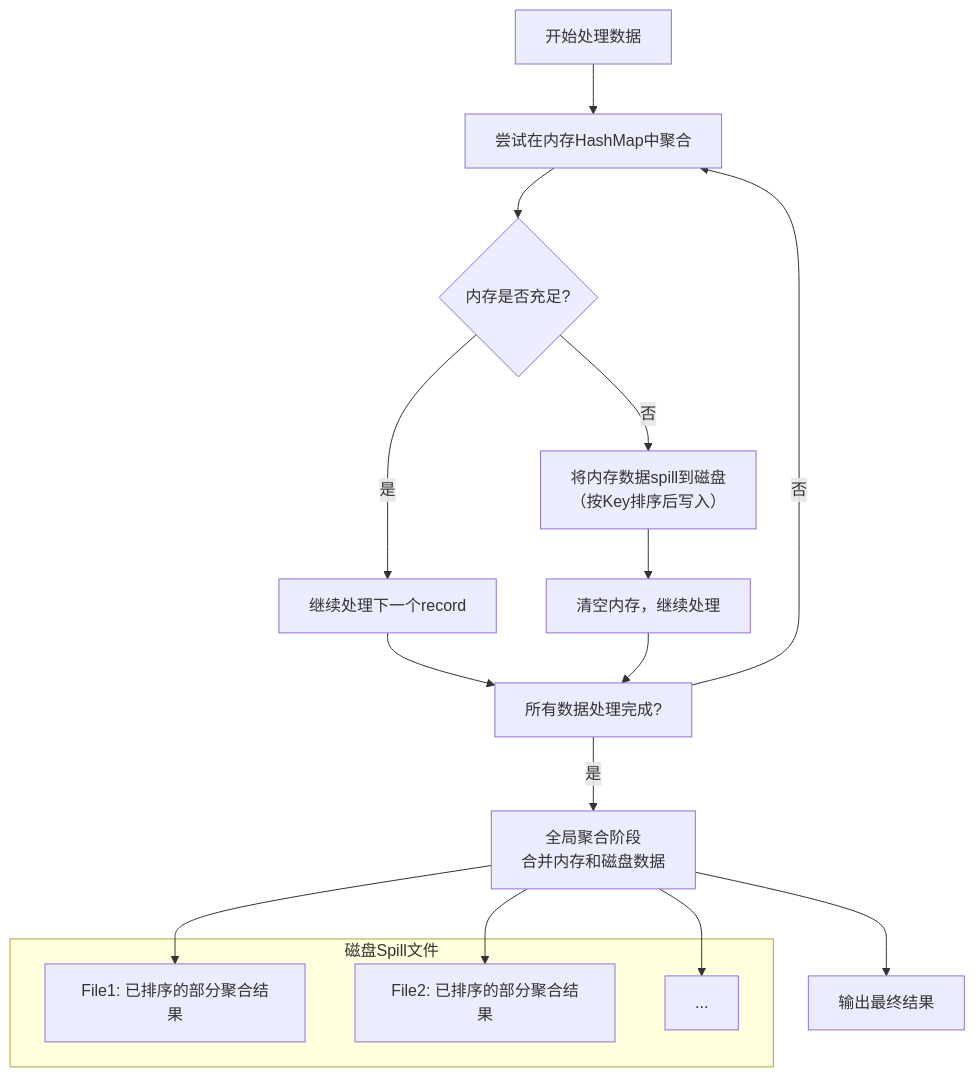
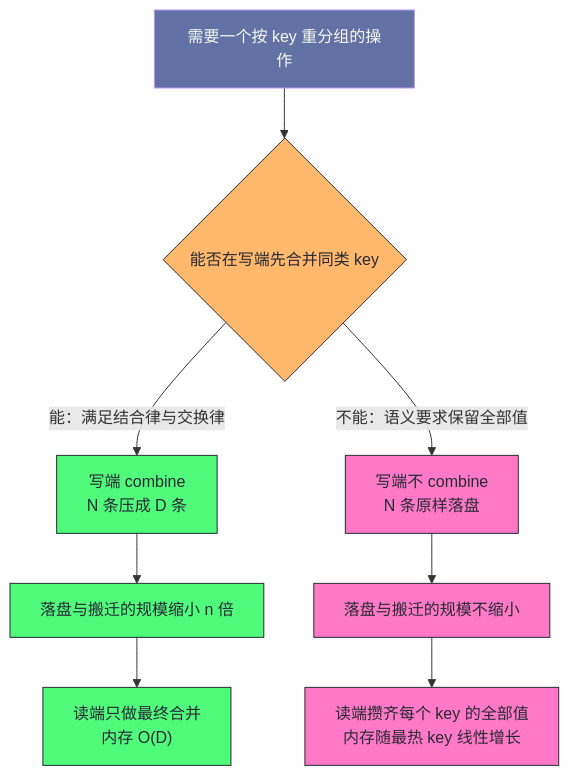
One commit to hpliStartAgain/my-brain changed the fifth of 6 diagrams in content/大数据/Spark/读书笔记-spark内核/05_Shuffle核心机制/1. Spark_Shuffle机制深度解析.md. Above: the diagram before and after it, drawn with Mermaid. The commit also changed other lines of this file and 259 other files, not shown here.

````diff
--- a/content/大数据/Spark/读书笔记-spark内核/05_Shuffle核心机制/1. Spark_Shuffle机制深度解析.md
+++ b/content/大数据/Spark/读书笔记-spark内核/05_Shuffle核心机制/1. Spark_Shuffle机制深度解析.md
@@ -357,23 +416,19 @@
 ```mermaid
+%%{init: {'theme': 'dracula'}}%%
 flowchart TD
-    A["开始处理数据"] --> B["尝试在内存HashMap中聚合"]
-    B --> C{"内存是否充足?"}
-    C -->|"是"| D["继续处理下一个record"]
-    C -->|"否"| E["将内存数据spill到磁盘<br>（按Key排序后写入）"]
-    E --> F["清空内存，继续处理"]
-    D --> G["所有数据处理完成?"]
-    F --> G
-    G -->|"否"| B
-    G -->|"是"| H["全局聚合阶段<br>合并内存和磁盘数据"]
-    
-    subgraph "磁盘Spill文件"
-        I["File1: 已排序的部分聚合结果"]
-        J["File2: 已排序的部分聚合结果"]
-        K["..."]
-    end
-    
-    H --> I
-    H --> J
-    H --> K
-    H --> L["输出最终结果"]
+    A["需要一个按 key 重分组的操作"] --> B{"能否在写端先合并同类 key"}
+    B -- "能：满足结合律与交换律" --> C["写端 combine<br/>N 条压成 D 条"]
+    C --> D["落盘与搬迁的规模缩小 n 倍"]
+    D --> E["读端只做最终合并<br/>内存 O(D)"]
+    B -- "不能：语义要求保留全部值" --> F["写端不 combine<br/>N 条原样落盘"]
+    F --> G["落盘与搬迁的规模不缩小"]
+    G --> H["读端攒齐每个 key 的全部值<br/>内存随最热 key 线性增长"]
+    classDef flow fill:#6272a4,stroke:#bd93f9,color:#f8f8f2
+    classDef ask fill:#ffb86c,stroke:#282a36,color:#282a36
+    classDef good fill:#50fa7b,stroke:#282a36,color:#282a36
+    classDef bad fill:#ff79c6,stroke:#282a36,color:#282a36
+    class A flow
+    class B ask
+    class C,D,E good
+    class F,G,H bad
 ```
````
